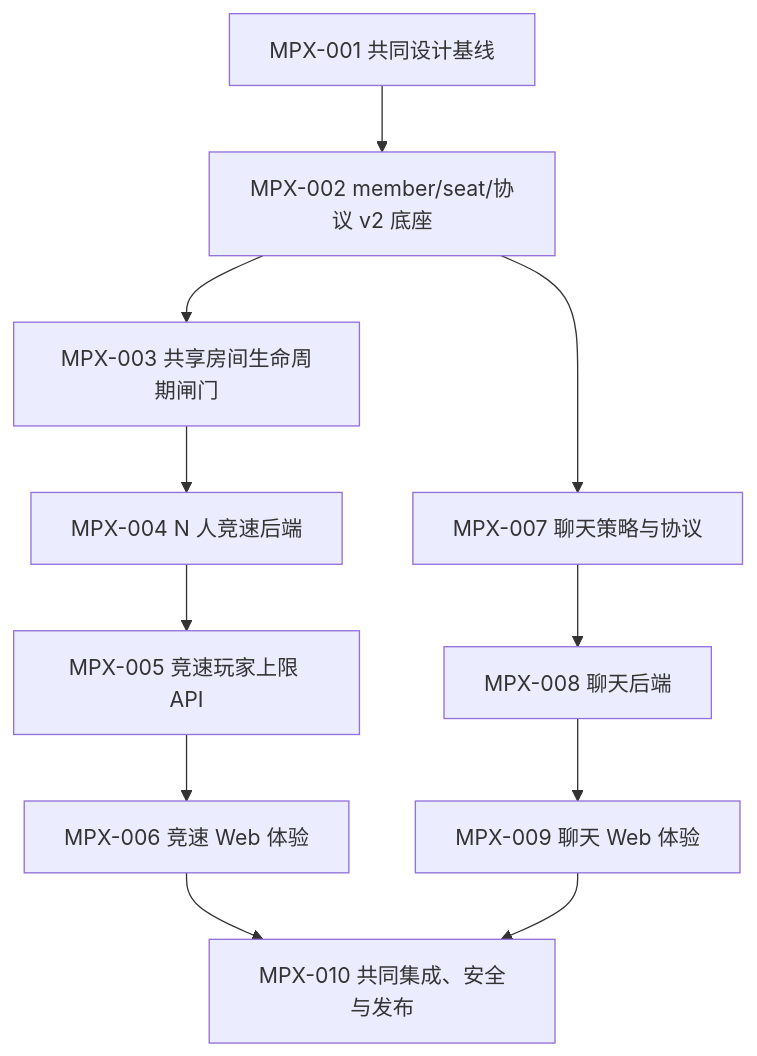
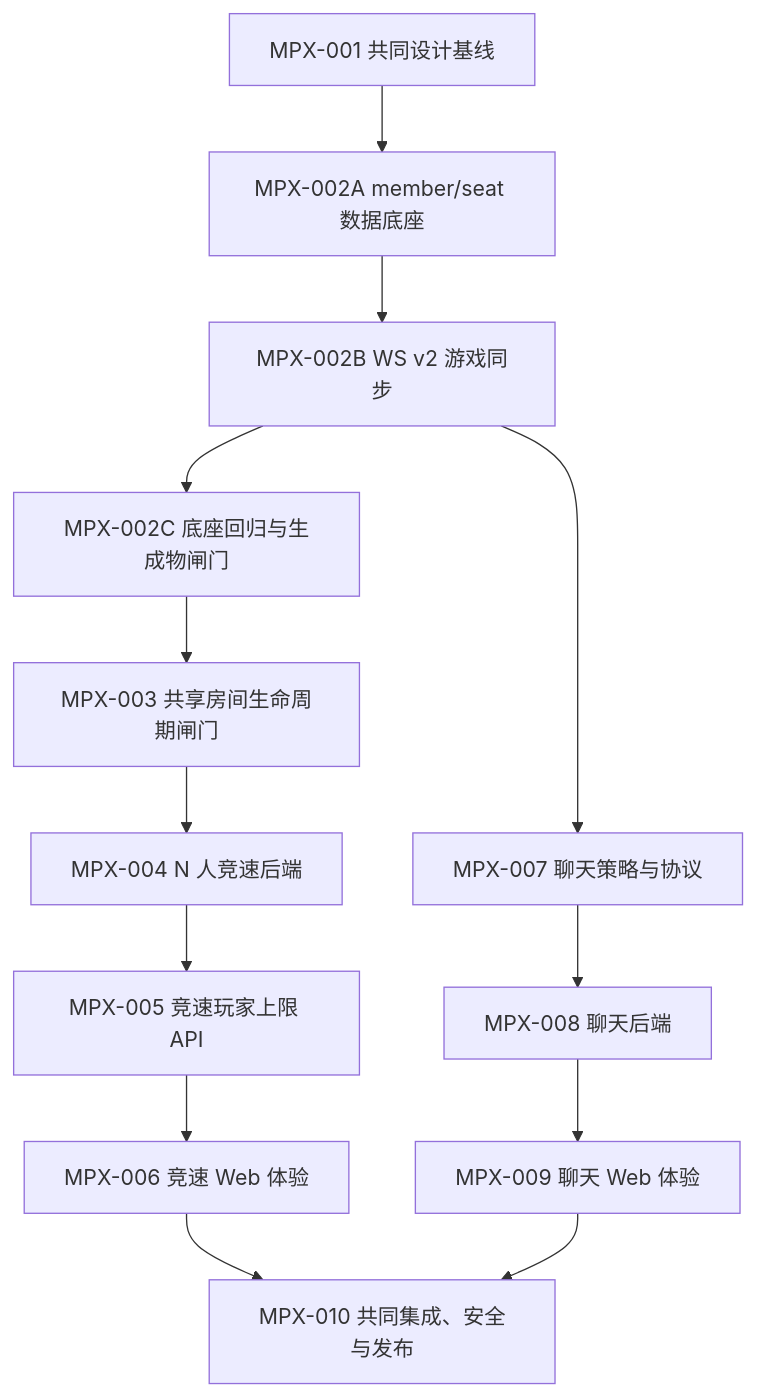
Before and after one commit to jachinzhang1/TouhouFlandre: the fifth of 6 diagrams in docs/multiplayer-expansion/README.md, drawn with Mermaid. The commit also changed other lines of this file and 10 other files, not shown here.

````diff
--- a/docs/multiplayer-expansion/README.md
+++ b/docs/multiplayer-expansion/README.md
@@ -160,13 +160,15 @@
 ```mermaid
 flowchart TD
-    I1[MPX-001 共同设计基线] --> I2[MPX-002 member/seat/协议 v2 底座]
-    I2 --> I3[MPX-003 共享房间生命周期闸门]
+    I1[MPX-001 共同设计基线] --> I2A[MPX-002A member/seat 数据底座]
+    I2A --> I2B[MPX-002B WS v2 游戏同步]
+    I2B --> I2C[MPX-002C 底座回归与生成物闸门]
+    I2C --> I3[MPX-003 共享房间生命周期闸门]
     I3 --> A4[MPX-004 N 人竞速后端]
     A4 --> A5[MPX-005 竞速玩家上限 API]
     A5 --> B6[MPX-006 竞速 Web 体验]
-    I2 --> A7[MPX-007 聊天策略与协议]
+    I2B --> A7[MPX-007 聊天策略与协议]
     A7 --> A8[MPX-008 聊天后端]
     A8 --> B9[MPX-009 聊天 Web 体验]
     B6 --> I10[MPX-010 共同集成、安全与发布]
     B9 --> I10
 ```
````
